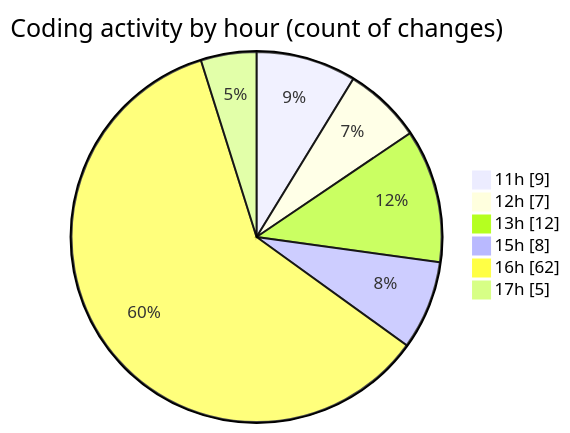
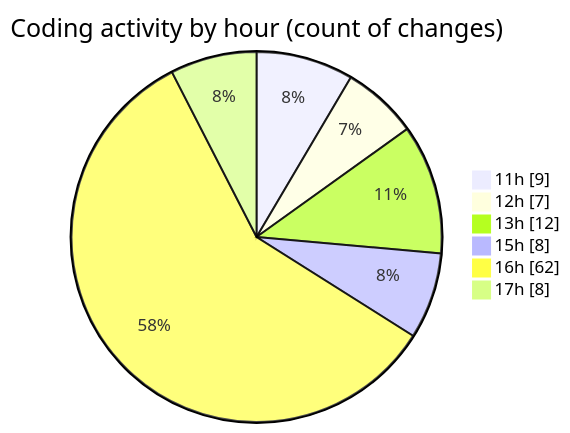
Before and after one commit to EIIisD/code-tracking: the second of 2 diagrams in 2025-08-07/ribbon/README.md, drawn with Mermaid. The commit also changed other lines of this file and 1 other file, not shown here.

````diff
--- a/2025-08-07/ribbon/README.md
+++ b/2025-08-07/ribbon/README.md
@@ -49,10 +49,10 @@
 ```mermaid
 pie showData
 title Coding activity by hour (count of changes)
 "11h" : 9
 "12h" : 7
 "13h" : 12
 "15h" : 8
 "16h" : 62
-"17h" : 5
+"17h" : 8
 ```
````
